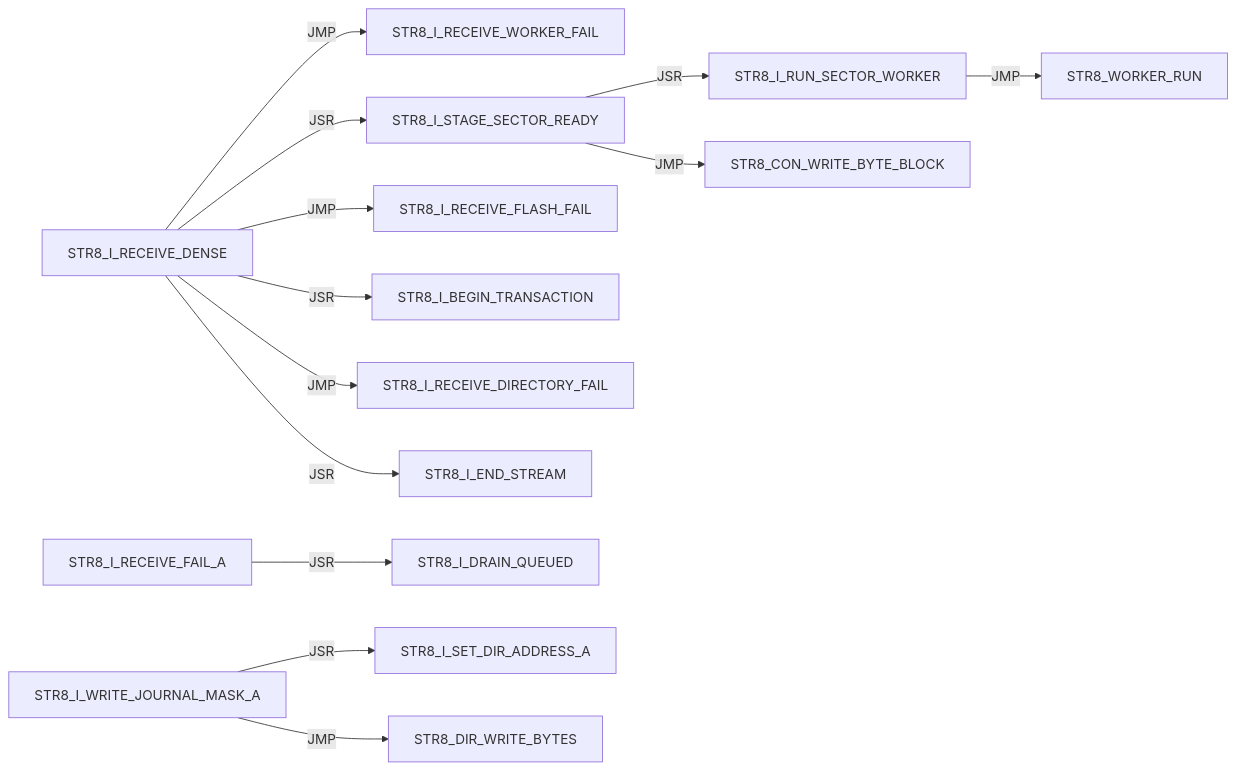
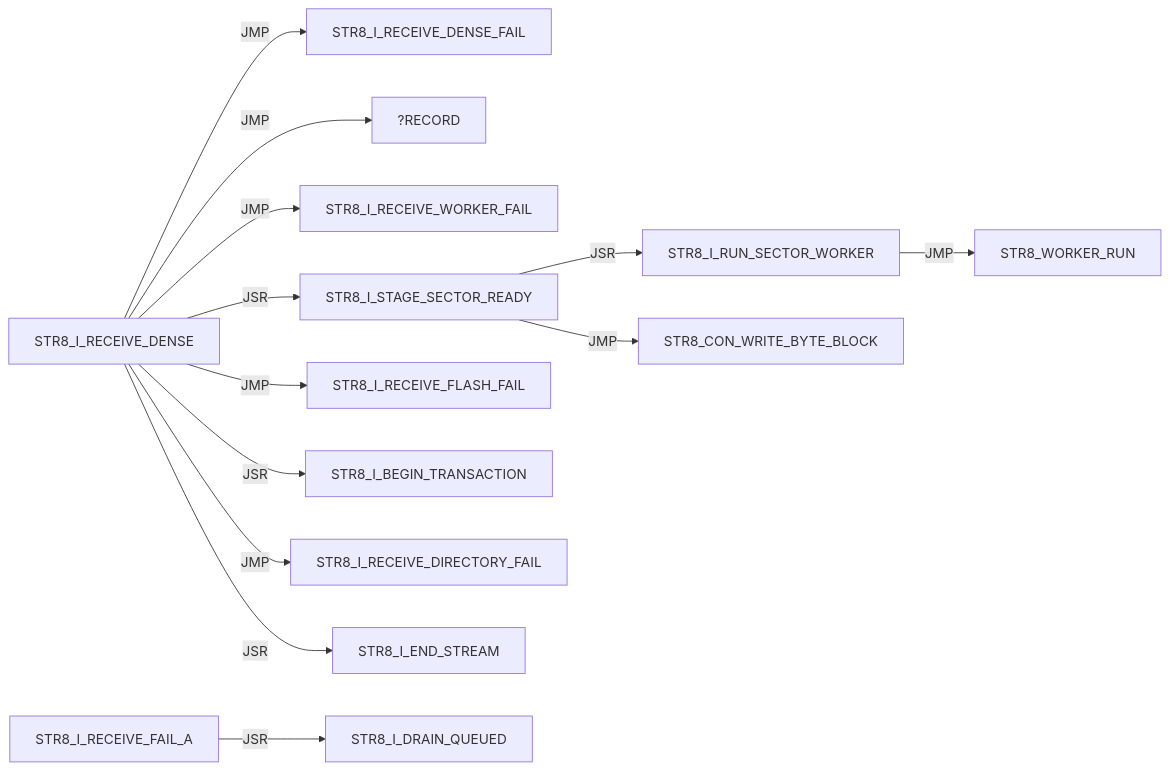
One commit to 95westus/R-YORS changed diagram 18 of 42 in DOC/GUIDES/STR8/STR8_EDGE_DUMP.md. Above: the diagram before and after it, drawn with Mermaid. The commit also changed other lines of this file and 25 other files, not shown here.

````diff
--- a/DOC/GUIDES/STR8/STR8_EDGE_DUMP.md
+++ b/DOC/GUIDES/STR8/STR8_EDGE_DUMP.md
@@ -264,15 +263,15 @@
 ```mermaid
 flowchart LR
-    N0["STR8_I_RECEIVE_DENSE"] -->|JMP| N1["STR8_I_RECEIVE_WORKER_FAIL"]
-    N0["STR8_I_RECEIVE_DENSE"] -->|JSR| N2["STR8_I_STAGE_SECTOR_READY"]
-    N0["STR8_I_RECEIVE_DENSE"] -->|JMP| N3["STR8_I_RECEIVE_FLASH_FAIL"]
-    N0["STR8_I_RECEIVE_DENSE"] -->|JSR| N4["STR8_I_BEGIN_TRANSACTION"]
-    N0["STR8_I_RECEIVE_DENSE"] -->|JMP| N5["STR8_I_RECEIVE_DIRECTORY_FAIL"]
-    N0["STR8_I_RECEIVE_DENSE"] -->|JSR| N6["STR8_I_END_STREAM"]
-    N7["STR8_I_RECEIVE_FAIL_A"] -->|JSR| N8["STR8_I_DRAIN_QUEUED"]
-    N9["STR8_I_RUN_SECTOR_WORKER"] -->|JMP| N10["STR8_WORKER_RUN"]
-    N2["STR8_I_STAGE_SECTOR_READY"] -->|JSR| N9["STR8_I_RUN_SECTOR_WORKER"]
-    N2["STR8_I_STAGE_SECTOR_READY"] -->|JMP| N11["STR8_CON_WRITE_BYTE_BLOCK"]
-    N12["STR8_I_WRITE_JOURNAL_MASK_A"] -->|JSR| N13["STR8_I_SET_DIR_ADDRESS_A"]
-    N12["STR8_I_WRITE_JOURNAL_MASK_A"] -->|JMP| N14["STR8_DIR_WRITE_BYTES"]
+    N0["STR8_I_RECEIVE_DENSE"] -->|JMP| N1["STR8_I_RECEIVE_DENSE_FAIL"]
+    N0["STR8_I_RECEIVE_DENSE"] -->|JMP| N2["?RECORD"]
+    N0["STR8_I_RECEIVE_DENSE"] -->|JMP| N3["STR8_I_RECEIVE_WORKER_FAIL"]
+    N0["STR8_I_RECEIVE_DENSE"] -->|JSR| N4["STR8_I_STAGE_SECTOR_READY"]
+    N0["STR8_I_RECEIVE_DENSE"] -->|JMP| N5["STR8_I_RECEIVE_FLASH_FAIL"]
+    N0["STR8_I_RECEIVE_DENSE"] -->|JSR| N6["STR8_I_BEGIN_TRANSACTION"]
+    N0["STR8_I_RECEIVE_DENSE"] -->|JMP| N7["STR8_I_RECEIVE_DIRECTORY_FAIL"]
+    N0["STR8_I_RECEIVE_DENSE"] -->|JSR| N8["STR8_I_END_STREAM"]
+    N9["STR8_I_RECEIVE_FAIL_A"] -->|JSR| N10["STR8_I_DRAIN_QUEUED"]
+    N11["STR8_I_RUN_SECTOR_WORKER"] -->|JMP| N12["STR8_WORKER_RUN"]
+    N4["STR8_I_STAGE_SECTOR_READY"] -->|JSR| N11["STR8_I_RUN_SECTOR_WORKER"]
+    N4["STR8_I_STAGE_SECTOR_READY"] -->|JMP| N13["STR8_CON_WRITE_BYTE_BLOCK"]
 ```
````
